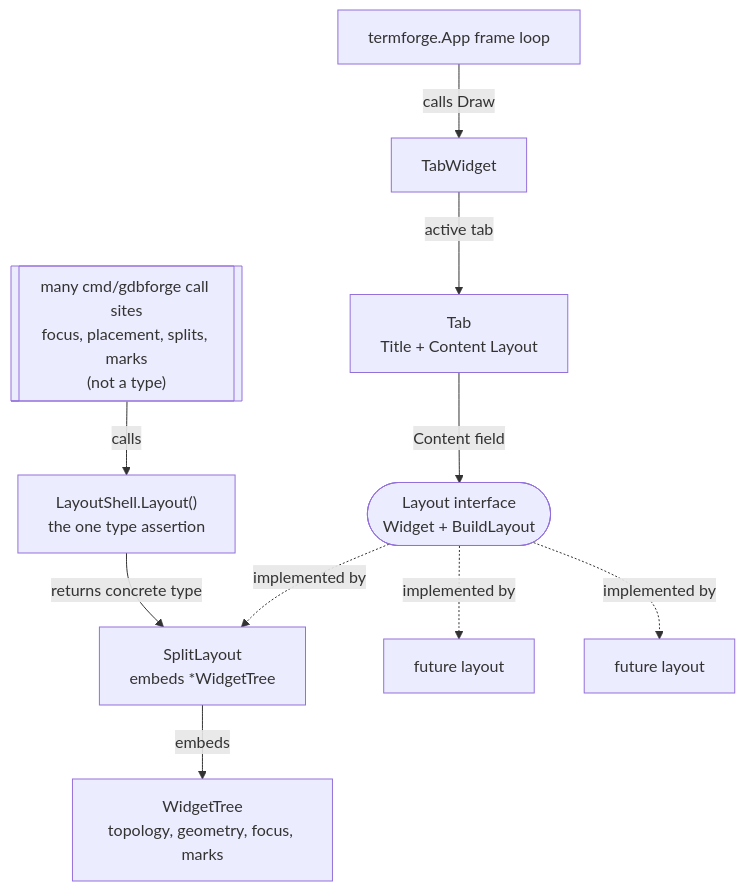
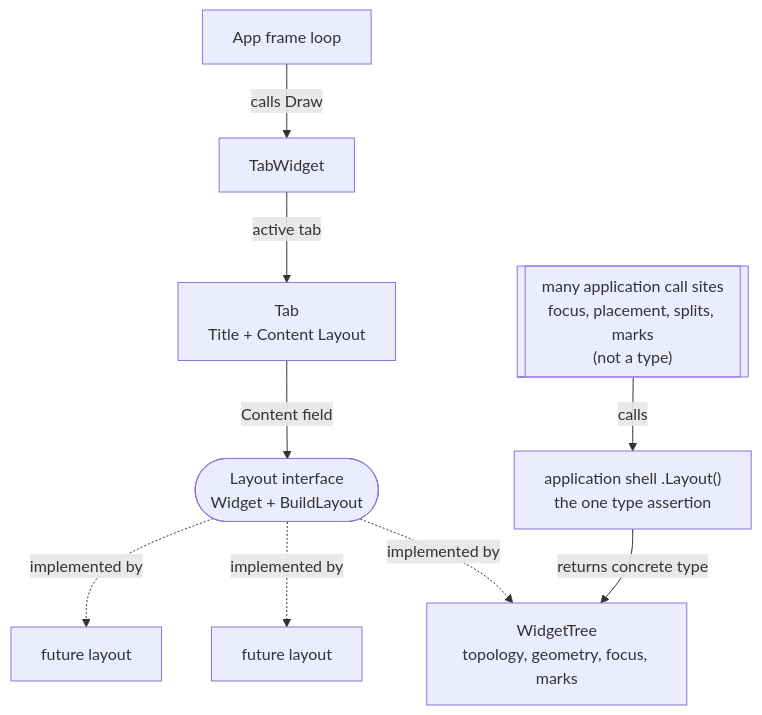
One commit to yairgd/gdbforge changed the diagram in docs/diagrams/tab_layout.mermaid. Above: the diagram before and after it, drawn with Mermaid. The commit also changed 24 other files, not shown here.

First line of the commit message:
refactor(layout)!: follow the termforge Widget/NodeWidget split

```diff
--- a/docs/diagrams/tab_layout.mermaid
+++ b/docs/diagrams/tab_layout.mermaid
@@ -1,25 +1,23 @@
-%% Tab is a generic Layout container: two separate routes to SplitLayout.
-%% Solid arrows are runtime use (call / field / embed); dotted arrows are
+%% Tab is a generic Layout container: two separate routes to the split tree.
+%% Solid arrows are runtime use (call / field); dotted arrows are
 %% the implements relationship. Stadium node = interface, double-barred
 %% node = a set of call sites rather than a type.
 flowchart TD
-    TFApp["termforge.App frame loop"]
+    App["App frame loop"]
     TabW["TabWidget"]
     Tab["Tab<br/>Title + Content Layout"]
     Iface(["Layout interface<br/>Widget + BuildLayout"])
-    SL["SplitLayout<br/>embeds *WidgetTree"]
     WT["WidgetTree<br/>topology, geometry, focus, marks"]
     FutureA["future layout"]
     FutureB["future layout"]
-    Shell["LayoutShell.Layout()<br/>the one type assertion"]
-    AppCode[["many cmd/gdbforge call sites<br/>focus, placement, splits, marks<br/>(not a type)"]]
+    Shell["application shell .Layout()<br/>the one type assertion"]
+    AppCode[["many application call sites<br/>focus, placement, splits, marks<br/>(not a type)"]]
 
-    TFApp -->|"calls Draw"| TabW
+    App -->|"calls Draw"| TabW
     TabW -->|"active tab"| Tab
     Tab -->|"Content field"| Iface
-    Iface -.->|"implemented by"| SL
+    Iface -.->|"implemented by"| WT
     Iface -.->|"implemented by"| FutureA
     Iface -.->|"implemented by"| FutureB
-    SL -->|"embeds"| WT
     AppCode -->|"calls"| Shell
-    Shell -->|"returns concrete type"| SL
+    Shell -->|"returns concrete type"| WT
```
